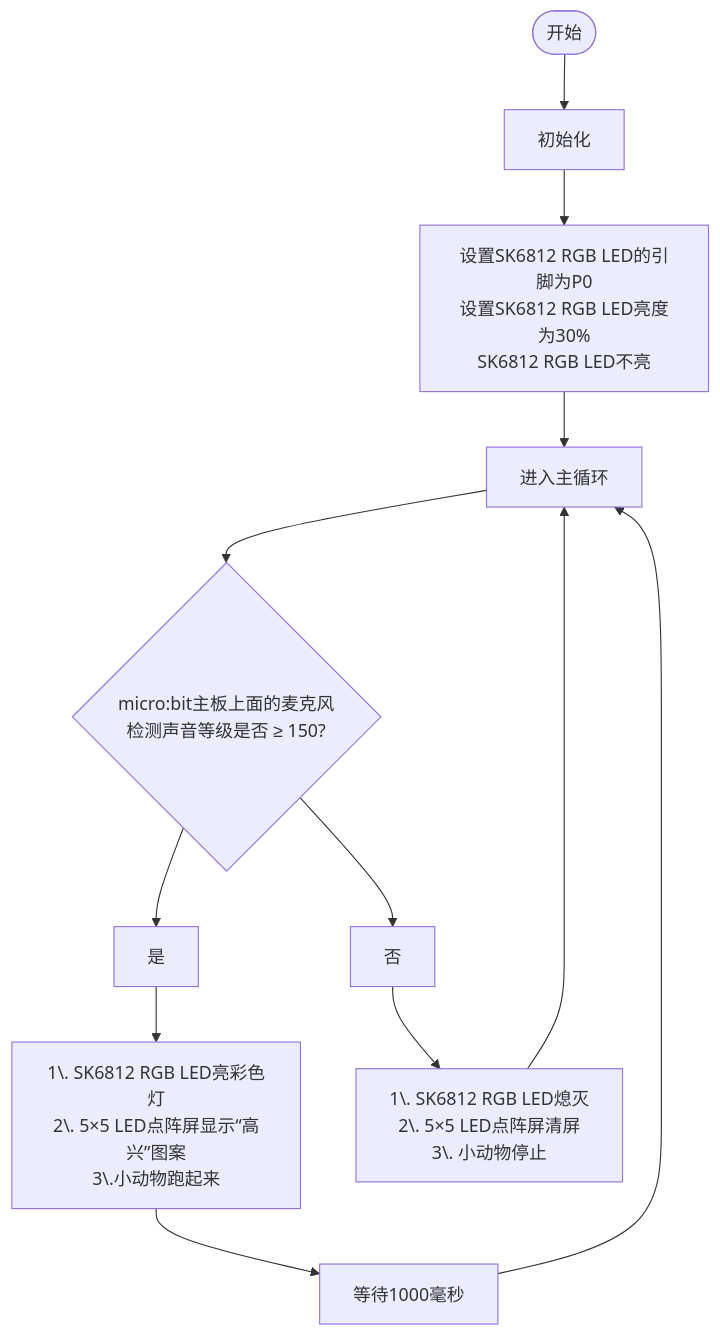
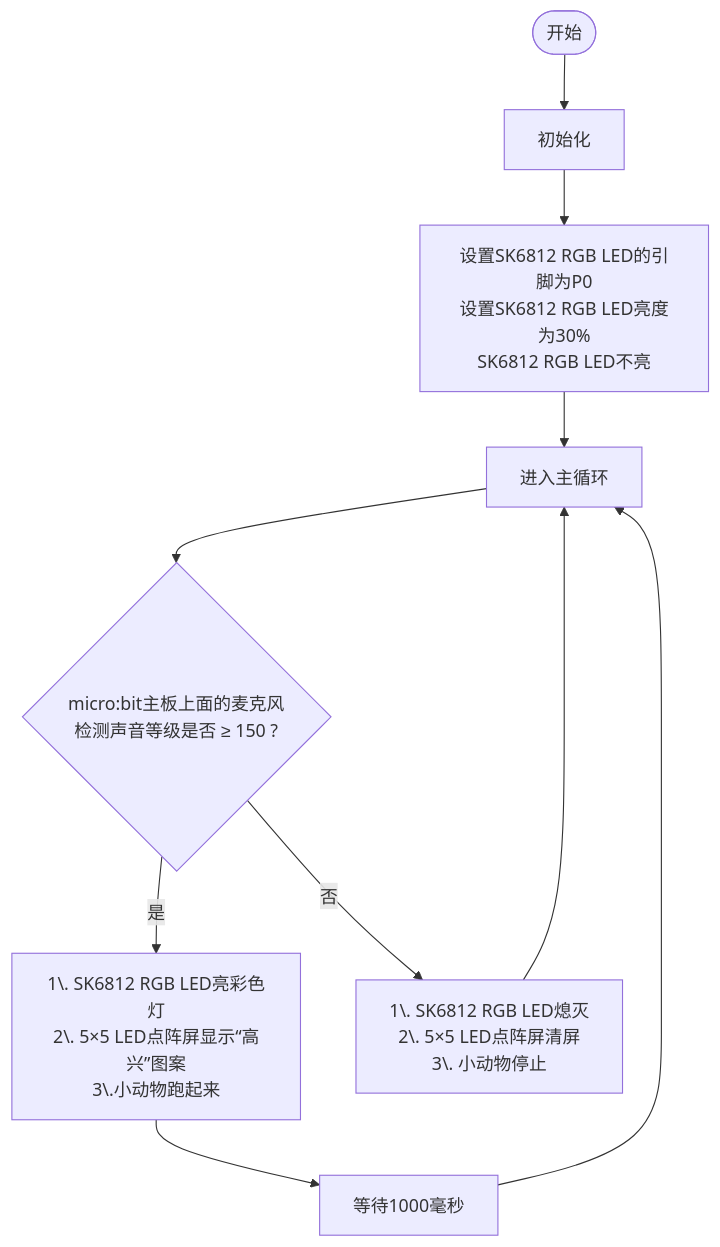
One commit to keyestudio/KS0604-Keyestudio-Microbit-8-1- changed the diagram in docs/MakeCode_教程/Projects/课程03.md. Above: the diagram before and after it, drawn with Mermaid. The commit also changed other lines of this file and 253 other files, not shown here.

````diff
--- a/docs/MakeCode_教程/Projects/课程03.md
+++ b/docs/MakeCode_教程/Projects/课程03.md
@@ -143,18 +153,12 @@
 ```mermaid
 flowchart TD
     Start([开始]) --> OnInit1[初始化]
-
-    OnInit1 --> OnInit2[设置SK6812 RGB LED的引脚为P0<br>设置SK6812 RGB LED亮度为30%<br>SK6812 RGB LED不亮]
-    
+    OnInit1 --> OnInit2[设置SK6812 RGB LED的引脚为P0<br>设置SK6812 RGB LED亮度为30%<br>SK6812 RGB LED不亮]  
     OnInit2 --> Forever[进入主循环]
-    Forever --> Conditionals{micro:bit主板上面的麦克风检测声音等级是否 ≥ 150?}
-    
-    Conditionals -->是 --> EventA[1\. SK6812 RGB LED亮彩色灯<br>2\. 5×5 LED点阵屏显示“高兴”图案<br>3\.小动物跑起来]
-    
+    Forever --> Conditionals{micro:bit主板上面的麦克风检测声音等级是否 ≥ 150 ?} 
+    Conditionals -->|是| EventA[1\. SK6812 RGB LED亮彩色灯<br>2\. 5×5 LED点阵屏显示“高兴”图案<br>3\.小动物跑起来] 
     EventA --> Delay[等待1000毫秒]
     Delay --> Forever
-
-    Conditionals -->否 --> EventB[1\. SK6812 RGB LED熄灭<br>2\. 5×5 LED点阵屏清屏<br>3\. 小动物停止]
-
+    Conditionals -->|否| EventB[1\. SK6812 RGB LED熄灭<br>2\. 5×5 LED点阵屏清屏<br>3\. 小动物停止]
     EventB --> Forever
 ```
````
